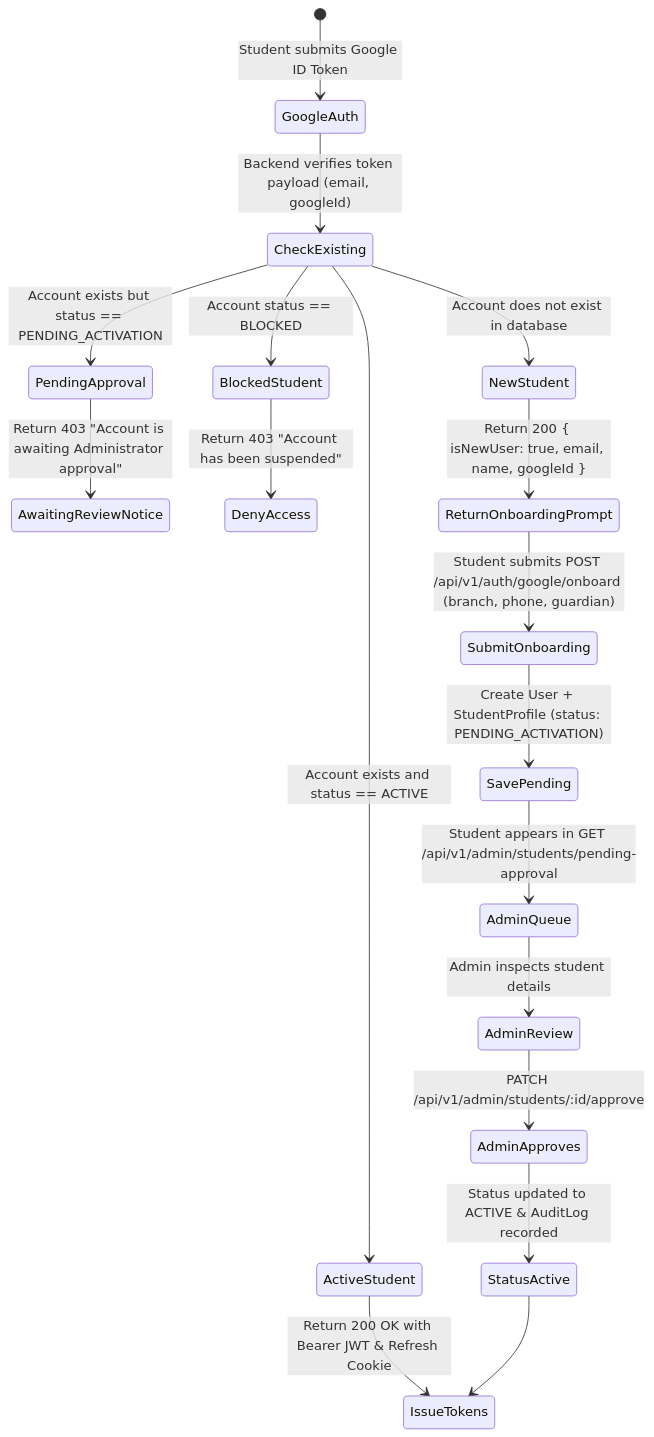
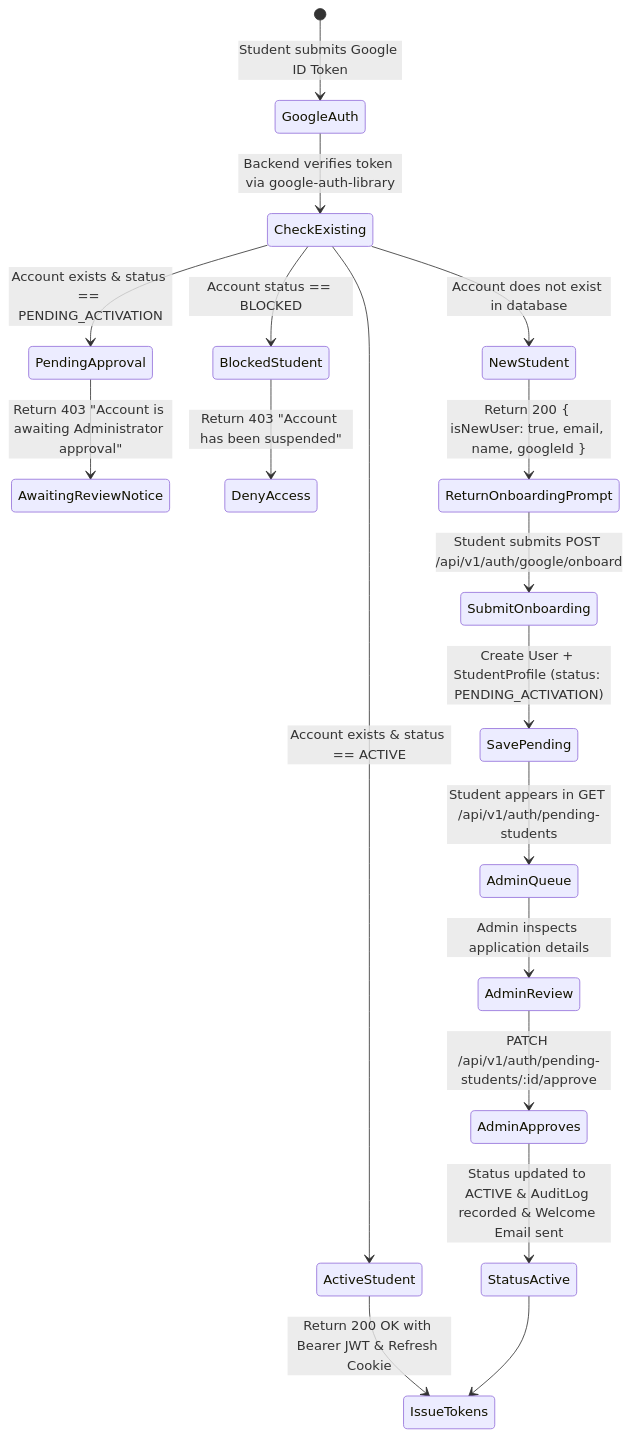
One commit to iamabraryeasir/coaching-center-management-system-backend changed the diagram in PROJECT_PLAN.md. Above: the diagram before and after it, drawn with Mermaid. The commit also changed other lines of this file, not shown here.

Commit message:
feat(project-plan): update project plan to version 2.5.0 with enhanced details and architectural specifications

````diff
--- a/PROJECT_PLAN.md
+++ b/PROJECT_PLAN.md
@@ -194,26 +89,26 @@
 ```mermaid
 stateDiagram-v2
     [*] --> GoogleAuth: Student submits Google ID Token
-    GoogleAuth --> CheckExisting: Backend verifies token payload (email, googleId)
+    GoogleAuth --> CheckExisting: Backend verifies token via google-auth-library
 
-    CheckExisting --> ActiveStudent: Account exists and status == ACTIVE
+    CheckExisting --> ActiveStudent: Account exists & status == ACTIVE
     ActiveStudent --> IssueTokens: Return 200 OK with Bearer JWT & Refresh Cookie
 
-    CheckExisting --> PendingApproval: Account exists but status == PENDING_ACTIVATION
+    CheckExisting --> PendingApproval: Account exists & status == PENDING_ACTIVATION
     PendingApproval --> AwaitingReviewNotice: Return 403 "Account is awaiting Administrator approval"
 
     CheckExisting --> BlockedStudent: Account status == BLOCKED
     BlockedStudent --> DenyAccess: Return 403 "Account has been suspended"
 
     CheckExisting --> NewStudent: Account does not exist in database
     NewStudent --> ReturnOnboardingPrompt: Return 200 { isNewUser: true, email, name, googleId }
 
-    ReturnOnboardingPrompt --> SubmitOnboarding: Student submits POST /api/v1/auth/google/onboard (branch, phone, guardian)
+    ReturnOnboardingPrompt --> SubmitOnboarding: Student submits POST /api/v1/auth/google/onboard
     SubmitOnboarding --> SavePending: Create User + StudentProfile (status: PENDING_ACTIVATION)
-    SavePending --> AdminQueue: Student appears in GET /api/v1/admin/students/pending-approval
+    SavePending --> AdminQueue: Student appears in GET /api/v1/auth/pending-students
 
-    AdminQueue --> AdminReview: Admin inspects student details
-    AdminReview --> AdminApproves: PATCH /api/v1/admin/students/:id/approve
-    AdminApproves --> StatusActive: Status updated to ACTIVE & AuditLog recorded
+    AdminQueue --> AdminReview: Admin inspects application details
+    AdminReview --> AdminApproves: PATCH /api/v1/auth/pending-students/:id/approve
+    AdminApproves --> StatusActive: Status updated to ACTIVE & AuditLog recorded & Welcome Email sent
     StatusActive --> IssueTokens
 ```
````
